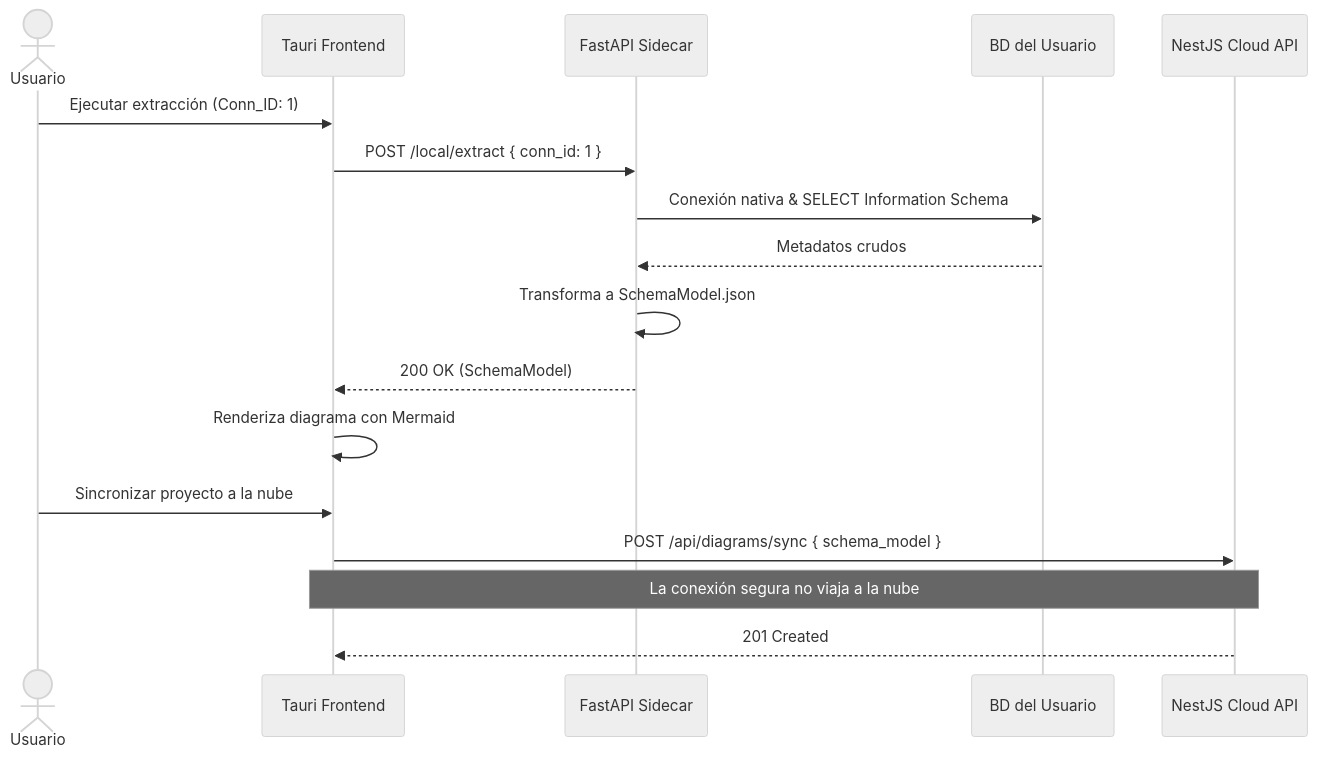
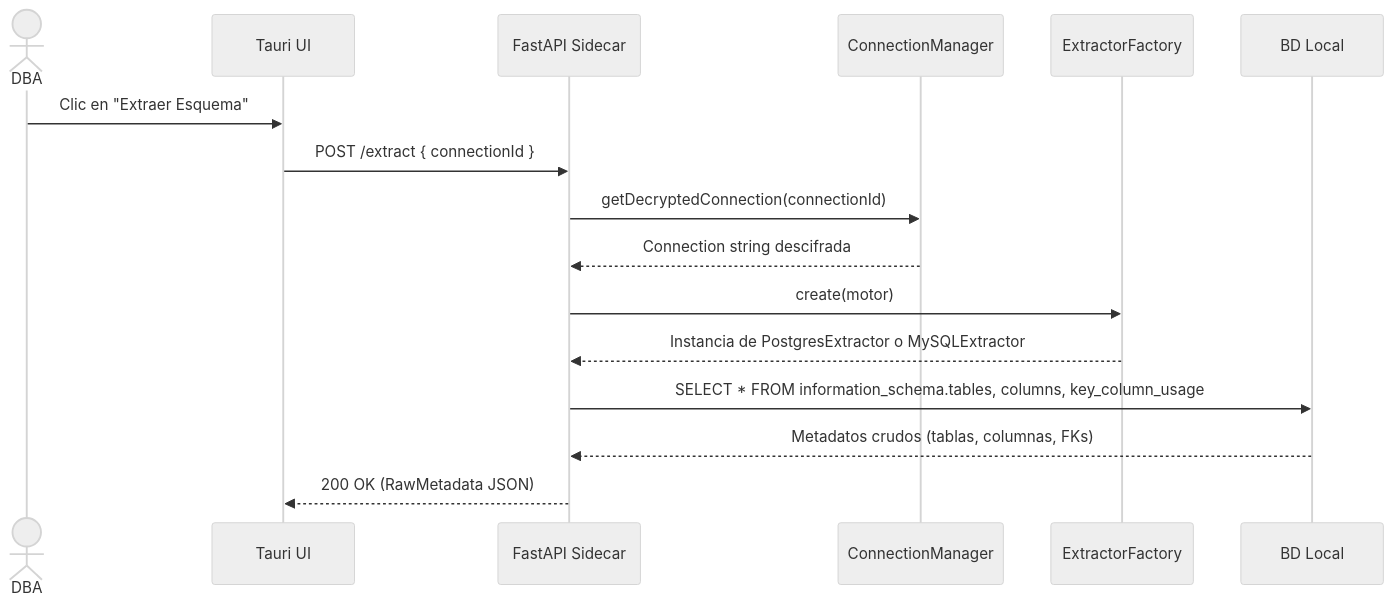
One commit to UPT-FAING-EPIS/proyecto-si783-2026-i-u3-generador_diagramas_bd changed diagram 24 of 26 in docs/formatos/FD03-Informe-Especificacion-Requerimientos.md. Above: the diagram before and after it, drawn with Mermaid (neutral theme). The commit also changed other lines of this file and 1 other file, not shown here.

Commit message:
docs: reestructuración completa FD03 y FD04 - 20 narrativas, 20 análisis BCE, 20 diagramas de secuencia, ERD expandido y formato APA

````diff
--- a/docs/formatos/FD03-Informe-Especificacion-Requerimientos.md
+++ b/docs/formatos/FD03-Informe-Especificacion-Requerimientos.md
@@ -535,20 +1055,19 @@
 ```mermaid
 sequenceDiagram
-    actor Usuario
-    participant UI as Tauri Frontend
+    actor DBA
+    participant UI as Tauri UI
     participant SC as FastAPI Sidecar
-    participant BD as BD del Usuario
-    participant CL as NestJS Cloud API
-    
-    Usuario ->> UI: Ejecutar extracción (Conn_ID: 1)
-    UI ->> SC: POST /local/extract { conn_id: 1 }
-    SC ->> BD: Conexión nativa & SELECT Information Schema
-    BD -->> SC: Metadatos crudos
-    SC ->> SC: Transforma a SchemaModel.json
-    SC -->> UI: 200 OK (SchemaModel)
-    UI ->> UI: Renderiza diagrama con Mermaid
-    Usuario ->> UI: Sincronizar proyecto a la nube
-    UI ->> CL: POST /api/diagrams/sync { schema_model }
-    Note over UI,CL: La conexión segura no viaja a la nube
-    CL -->> UI: 201 Created
+    participant CM as ConnectionManager
+    participant EF as ExtractorFactory
+    participant BD as BD Local
+
+    DBA ->> UI: Clic en "Extraer Esquema"
+    UI ->> SC: POST /extract { connectionId }
+    SC ->> CM: getDecryptedConnection(connectionId)
+    CM -->> SC: Connection string descifrada
+    SC ->> EF: create(motor)
+    EF -->> SC: Instancia de PostgresExtractor o MySQLExtractor
+    SC ->> BD: SELECT * FROM information_schema.tables, columns, key_column_usage
+    BD -->> SC: Metadatos crudos (tablas, columnas, FKs)
+    SC -->> UI: 200 OK (RawMetadata JSON)
 ```
````
